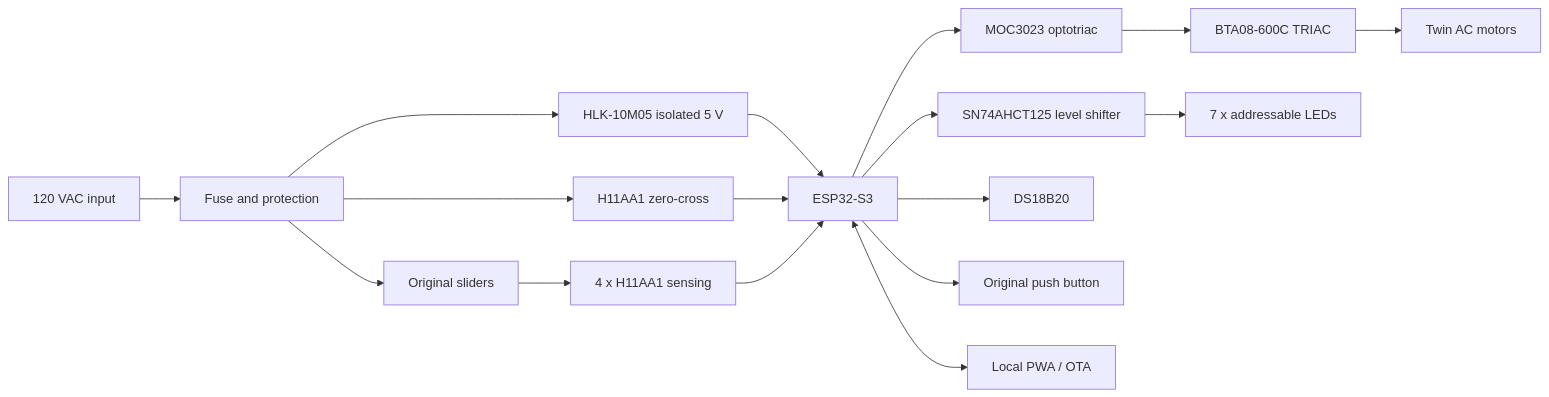
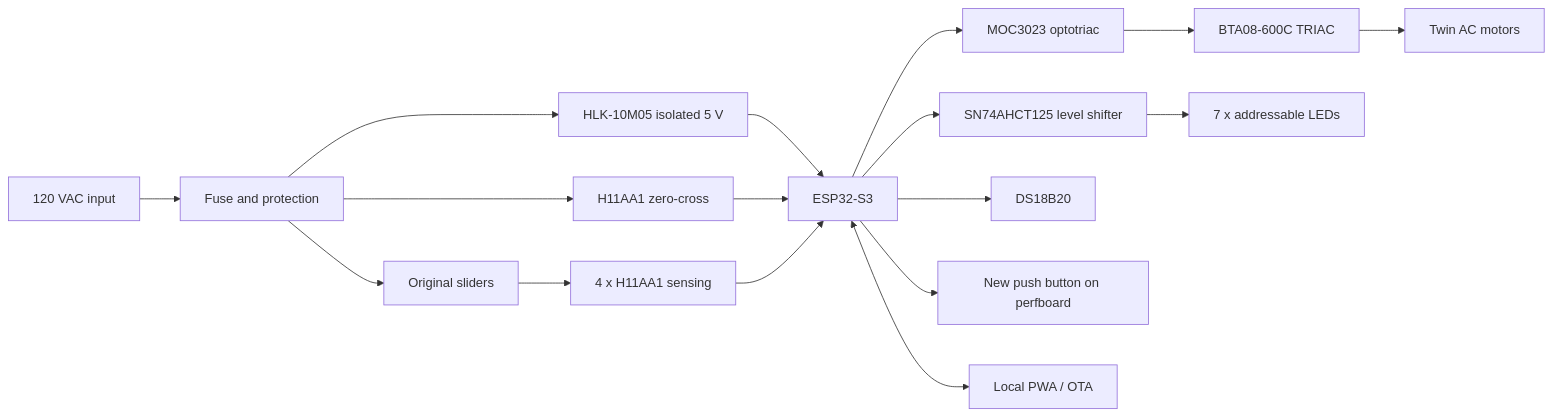
Before and after one commit to ivveshermosilla/Holmes-HWF0910AT-Window-Fan-Smart-Mod: the diagram in docs/architecture.md, drawn with Mermaid. The commit also changed other lines of this file and 18 other files, not shown here.

````diff
--- a/docs/architecture.md
+++ b/docs/architecture.md
@@ -8,19 +8,19 @@
 ```mermaid
 flowchart LR
   AC[120 VAC input] --> F[Fuse and protection]
   F --> HLK[HLK-10M05 isolated 5 V]
   HLK --> ESP[ESP32-S3]
   F --> ZC[H11AA1 zero-cross]
   ZC --> ESP
   F --> S[Original sliders]
   S --> H[4 x H11AA1 sensing]
   H --> ESP
   ESP --> MOC[MOC3023 optotriac]
   MOC --> TRIAC[BTA08-600C TRIAC]
   TRIAC --> MOTORS[Twin AC motors]
   ESP --> BUF[SN74AHCT125 level shifter]
   BUF --> LEDS[7 x addressable LEDs]
   ESP --> TEMP[DS18B20]
-  ESP --> BTN[Original push button]
+  ESP --> BTN[New push button on perfboard]
   ESP <--> PWA[Local PWA / OTA]
 ```
````
